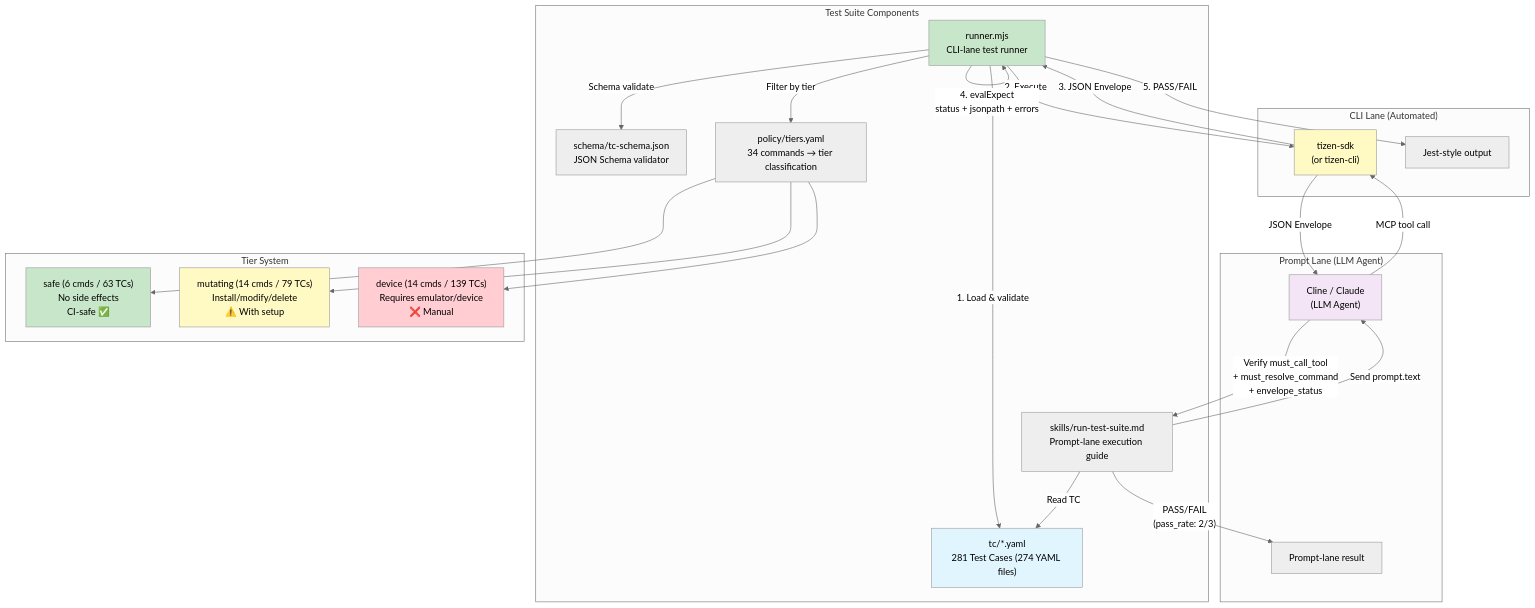
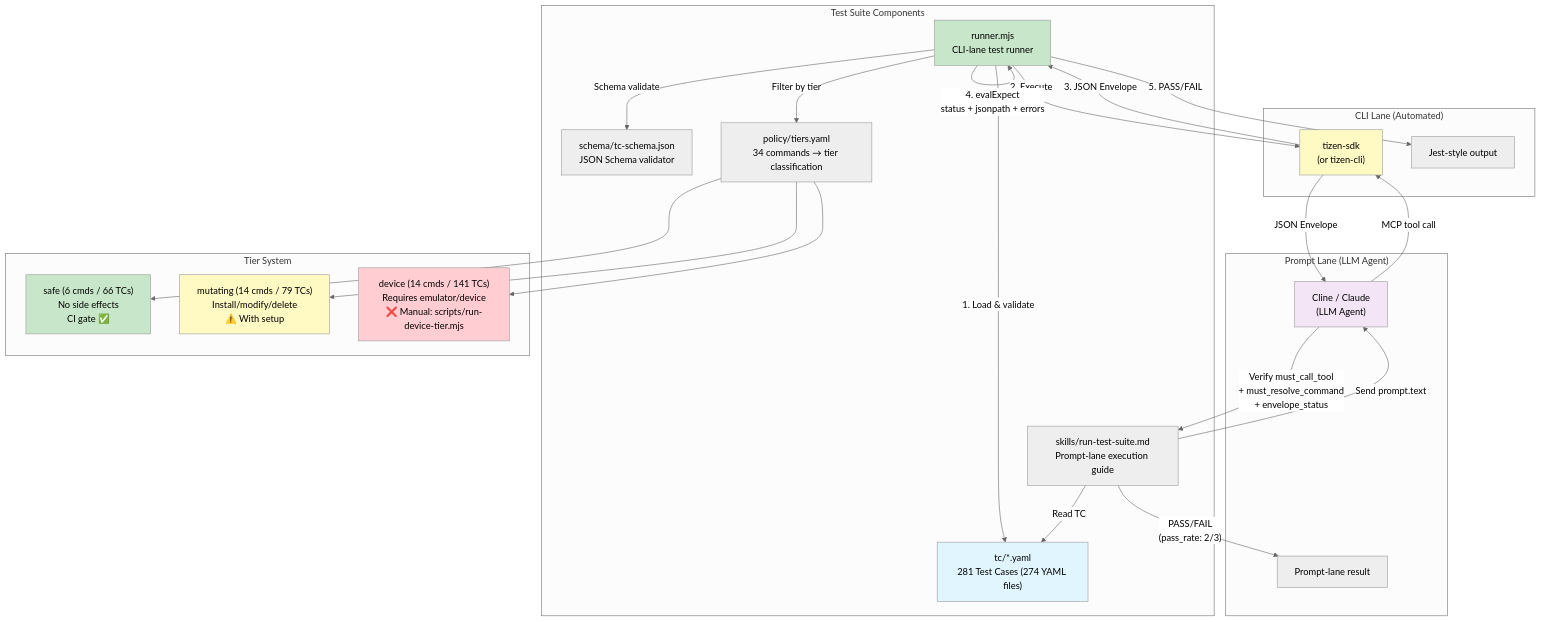
The first of 4 diagrams in tizen-sdk-skills/tests/README.md (Samsung/tizen-agent-skills), drawn with Mermaid (neutral theme) before and after one commit. The commit also changed other lines of this file and 179 other files, not shown here.

````diff
--- a/tizen-sdk-skills/tests/README.md
+++ b/tizen-sdk-skills/tests/README.md
@@ -10,46 +9,46 @@
 ```mermaid
 graph TB
     subgraph "Test Suite Components"
         TC["tc/*.yaml<br/>281 Test Cases (274 YAML files)"]
         SCHEMA["schema/tc-schema.json<br/>JSON Schema validator"]
         POLICY["policy/tiers.yaml<br/>34 commands → tier classification"]
         RUNNER["runner.mjs<br/>CLI-lane test runner"]
         SKILLS["skills/run-test-suite.md<br/>Prompt-lane execution guide"]
     end
 
     subgraph "CLI Lane (Automated)"
         RUNNER -->|"1. Load & validate"| TC
         RUNNER -->|"Schema validate"| SCHEMA
         RUNNER -->|"Filter by tier"| POLICY
         RUNNER -->|"2. Execute"| PLUGIN["tizen-sdk<br/>(or tizen-cli)"]
         PLUGIN -->|"3. JSON Envelope"| RUNNER
         RUNNER -->|"4. evalExpect<br/>status + jsonpath + errors"| RUNNER
         RUNNER -->|"5. PASS/FAIL"| RESULT["Jest-style output"]
     end
 
     subgraph "Prompt Lane (LLM Agent)"
         SKILLS -->|"Read TC"| TC
         SKILLS -->|"Send prompt.text"| LLM["Cline / Claude<br/>(LLM Agent)"]
         LLM -->|"MCP tool call"| PLUGIN
         PLUGIN -->|"JSON Envelope"| LLM
         LLM -->|"Verify must_call_tool<br/>+ must_resolve_command<br/>+ envelope_status"| SKILLS
         SKILLS -->|"PASS/FAIL<br/>(pass_rate: 2/3)"| RESULT2["Prompt-lane result"]
     end
 
     subgraph "Tier System"
-        SAFE["safe (6 cmds / 63 TCs)<br/>No side effects<br/>CI-safe ✅"]
+        SAFE["safe (6 cmds / 66 TCs)<br/>No side effects<br/>CI gate ✅"]
         MUTATING["mutating (14 cmds / 79 TCs)<br/>Install/modify/delete<br/>⚠️ With setup"]
-        DEVICE["device (14 cmds / 139 TCs)<br/>Requires emulator/device<br/>❌ Manual"]
+        DEVICE["device (14 cmds / 141 TCs)<br/>Requires emulator/device<br/>❌ Manual: scripts/run-device-tier.mjs"]
         POLICY --> SAFE
         POLICY --> MUTATING
         POLICY --> DEVICE
     end
 
     style TC fill:#e1f5fe
     style RUNNER fill:#c8e6c9
     style PLUGIN fill:#fff9c4
     style LLM fill:#f3e5f5
     style SAFE fill:#c8e6c9
     style MUTATING fill:#fff9c4
     style DEVICE fill:#ffcdd2
 ```
````
